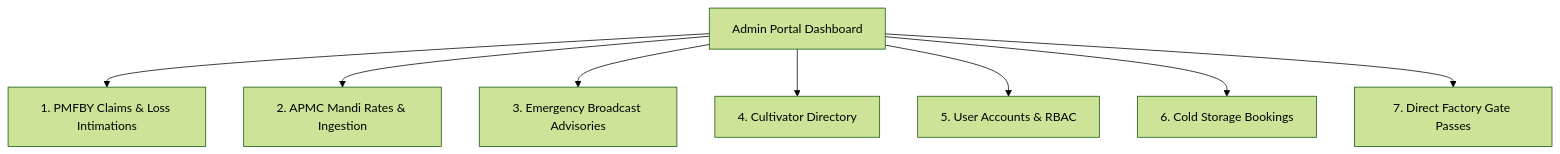
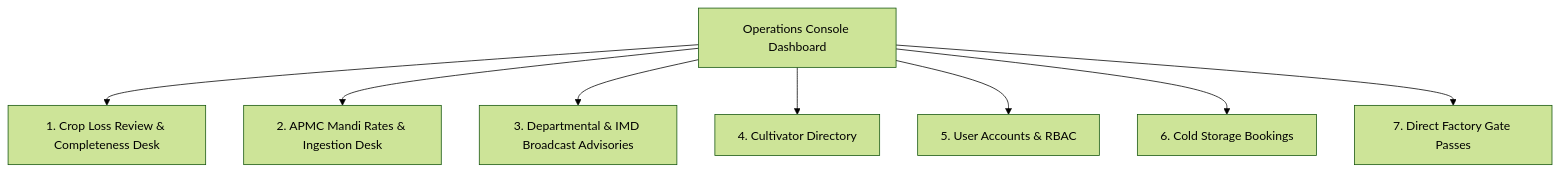
One commit to harsha20112986-droid/RythuSetu changed the diagram in ADMIN_GUIDE.md. Above: the diagram before and after it, drawn with Mermaid (forest theme). The commit also changed other lines of this file and 43 other files, not shown here.

First line of the commit message:
feat(architecture): redesign role model to remove officer and implement official action center

````diff
--- a/ADMIN_GUIDE.md
+++ b/ADMIN_GUIDE.md
@@ -29,11 +33,11 @@
 ```mermaid
 flowchart TD
-    Dashboard["Admin Portal Dashboard"]
-    Dashboard --> TabClaims["1. PMFBY Claims & Loss Intimations"]
-    Dashboard --> TabMandi["2. APMC Mandi Rates & Ingestion"]
-    Dashboard --> TabBroadcasts["3. Emergency Broadcast Advisories"]
+    Dashboard["Operations Console Dashboard"]
+    Dashboard --> TabClaims["1. Crop Loss Review & Completeness Desk"]
+    Dashboard --> TabMandi["2. APMC Mandi Rates & Ingestion Desk"]
+    Dashboard --> TabBroadcasts["3. Departmental & IMD Broadcast Advisories"]
     Dashboard --> TabFarmers["4. Cultivator Directory"]
     Dashboard --> TabUsers["5. User Accounts & RBAC"]
     Dashboard --> TabStorage["6. Cold Storage Bookings"]
     Dashboard --> TabFactory["7. Direct Factory Gate Passes"]
 ```
````
